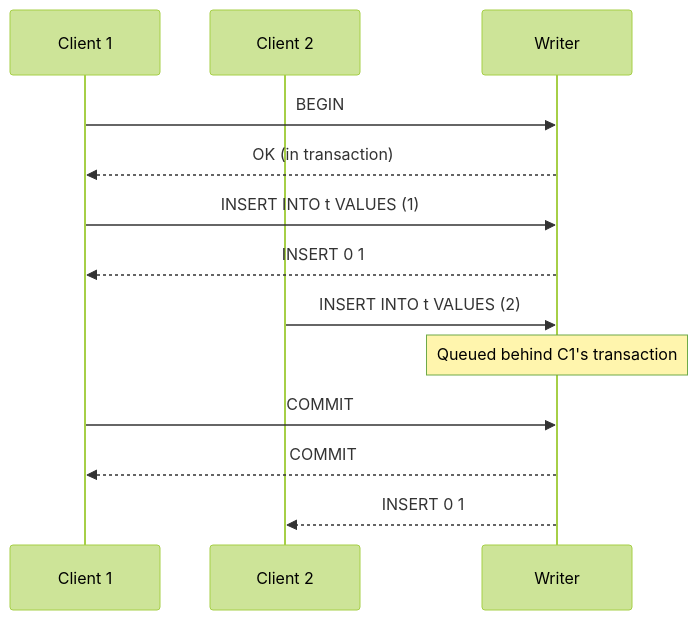
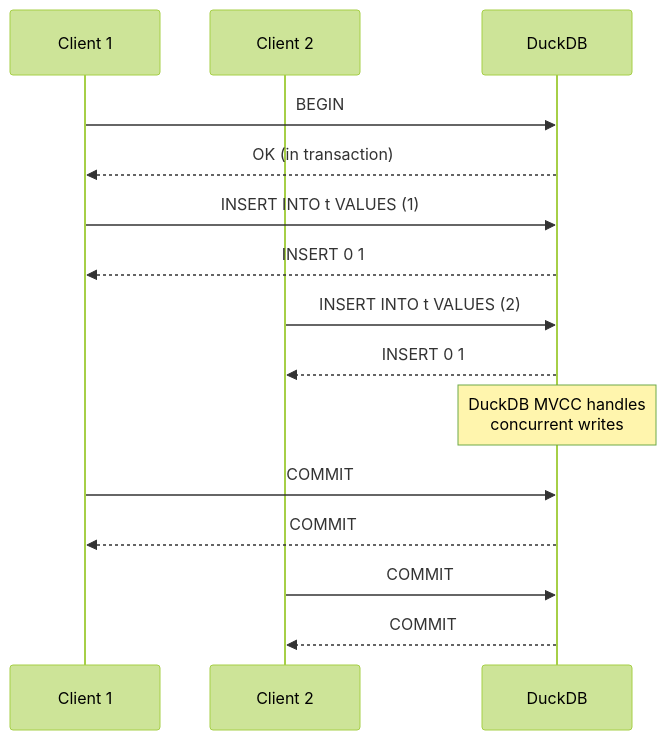
Before and after one commit to vibesrc/mallardb: the first of 2 diagrams in docs/rfc/09-transactions.md, drawn with Mermaid (forest theme). The commit also changed other lines of this file and 7 other files, not shown here.

````diff
--- a/docs/rfc/09-transactions.md
+++ b/docs/rfc/09-transactions.md
@@ -56,16 +54,18 @@
 ```mermaid
 sequenceDiagram
     participant C1 as Client 1
     participant C2 as Client 2
-    participant W as Writer
+    participant D as DuckDB
 
-    C1->>W: BEGIN
-    W-->>C1: OK (in transaction)
-    C1->>W: INSERT INTO t VALUES (1)
-    W-->>C1: INSERT 0 1
-    C2->>W: INSERT INTO t VALUES (2)
-    Note over W: Queued behind C1's transaction
-    C1->>W: COMMIT
-    W-->>C1: COMMIT
-    W-->>C2: INSERT 0 1
+    C1->>D: BEGIN
+    D-->>C1: OK (in transaction)
+    C1->>D: INSERT INTO t VALUES (1)
+    D-->>C1: INSERT 0 1
+    C2->>D: INSERT INTO t VALUES (2)
+    D-->>C2: INSERT 0 1
+    Note over D: DuckDB MVCC handles<br/>concurrent writes
+    C1->>D: COMMIT
+    D-->>C1: COMMIT
+    C2->>D: COMMIT
+    D-->>C2: COMMIT
 ```
````
